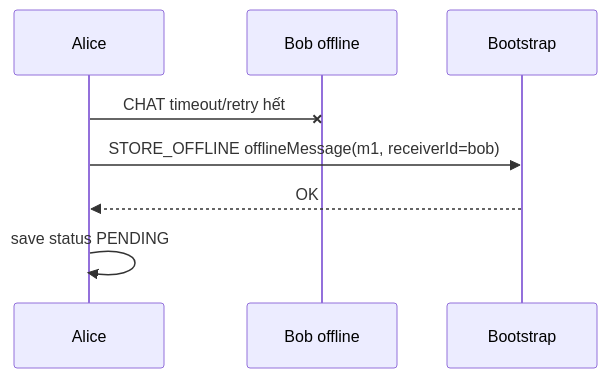
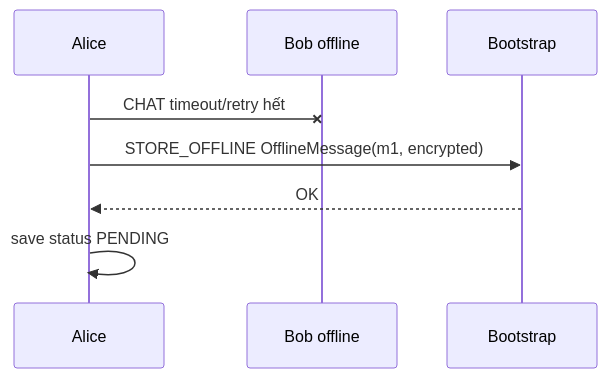
Before and after one commit to dungcony/p2p: the third of 6 diagrams in docs/nop-bai/03_giao_thuc_trao_doi_thong_diep.md, drawn with Mermaid. The commit also changed other lines of this file and 14 other files, not shown here.

````diff
--- a/docs/nop-bai/03_giao_thuc_trao_doi_thong_diep.md
+++ b/docs/nop-bai/03_giao_thuc_trao_doi_thong_diep.md
@@ -163,10 +241,10 @@
 ```mermaid
 sequenceDiagram
     participant A as Alice
     participant B as Bob offline
     participant BS as Bootstrap
     A-xB: CHAT timeout/retry hết
-    A->>BS: STORE_OFFLINE offlineMessage(m1, receiverId=bob)
+    A->>BS: STORE_OFFLINE OfflineMessage(m1, encrypted)
     BS-->>A: OK
     A->>A: save status PENDING
 ```
````
